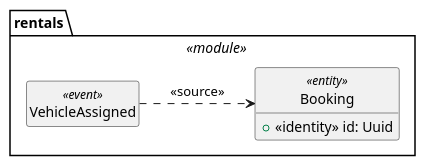
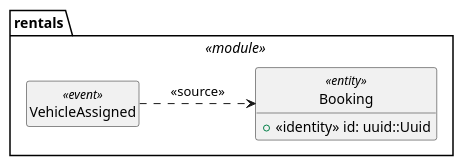
One commit to sdm-lang/tree-sitter-sdml changed diagram 17 of 21 in docs/uml-profile.org. Above: the diagram before and after it, drawn with PlantUML. The commit also changed other lines of this file and 29 other files, not shown here.

```diff
--- a/docs/uml-profile.org
+++ b/docs/uml-profile.org
@@ -581,17 +668,17 @@
 #+BEGIN_SRC plantuml :file uml-ex-event.svg
 skinparam backgroundColor transparent
 skinparam style strictuml
 skinparam linetype polyline
 skinparam nodesep 60
 
 hide circle
 hide empty members
 
 package rentals <<module>> {
     class VehicleAssigned <<event>> {}
     class Booking <<entity>> {
-        + <<identity>> id: Uuid
+        + <<identity>> id: uuid::Uuid
     }
     VehicleAssigned .r.> Booking: <<source>>
 }
 #+END_SRC
```
